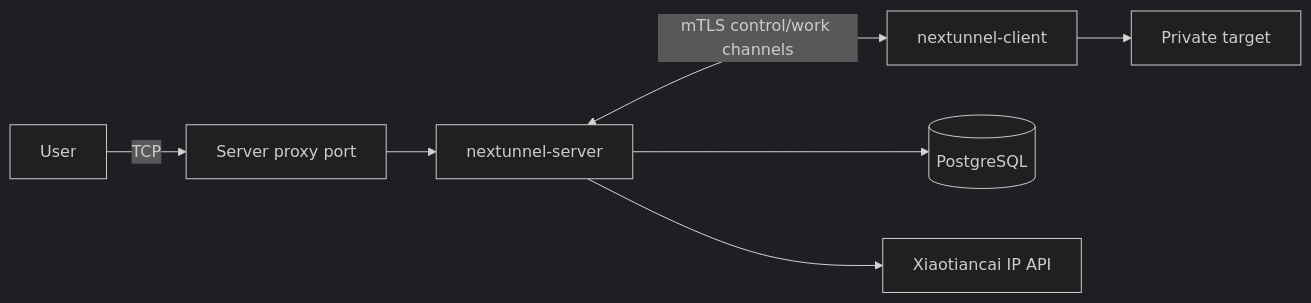
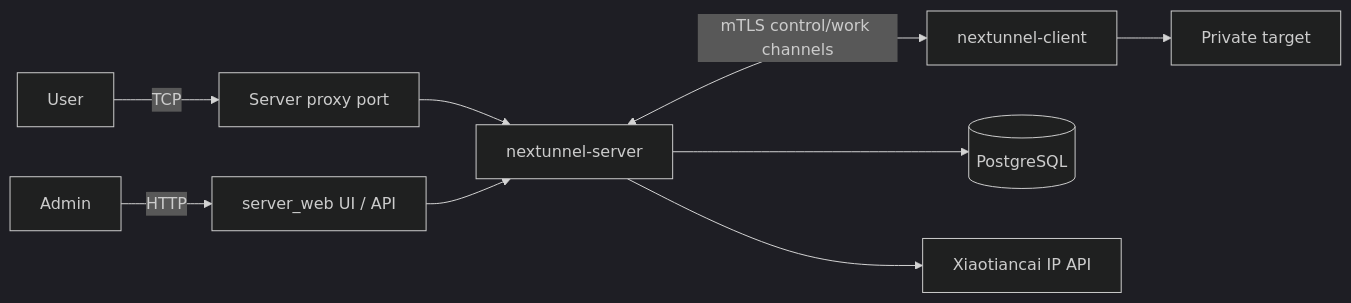
The diagram in docs/en/server.md (xiaotiancaipro/nextunnel), drawn with Mermaid (dark theme) before and after one commit. The commit also changed other lines of this file and 6 other files, not shown here.

````diff
--- a/docs/en/server.md
+++ b/docs/en/server.md
@@ -13,9 +14,11 @@
 ```mermaid
 flowchart LR
     User[User] -->|TCP| Proxy[Server proxy port]
     Proxy --> Server[nextunnel-server]
     Server <-->|mTLS control/work channels| Client[nextunnel-client]
     Client --> Target[Private target]
     Server --> PG[(PostgreSQL)]
     Server --> IPLoc[Xiaotiancai IP API]
+    Admin[Admin] -->|HTTP| Web[server_web UI / API]
+    Web --> Server
 ```
````
